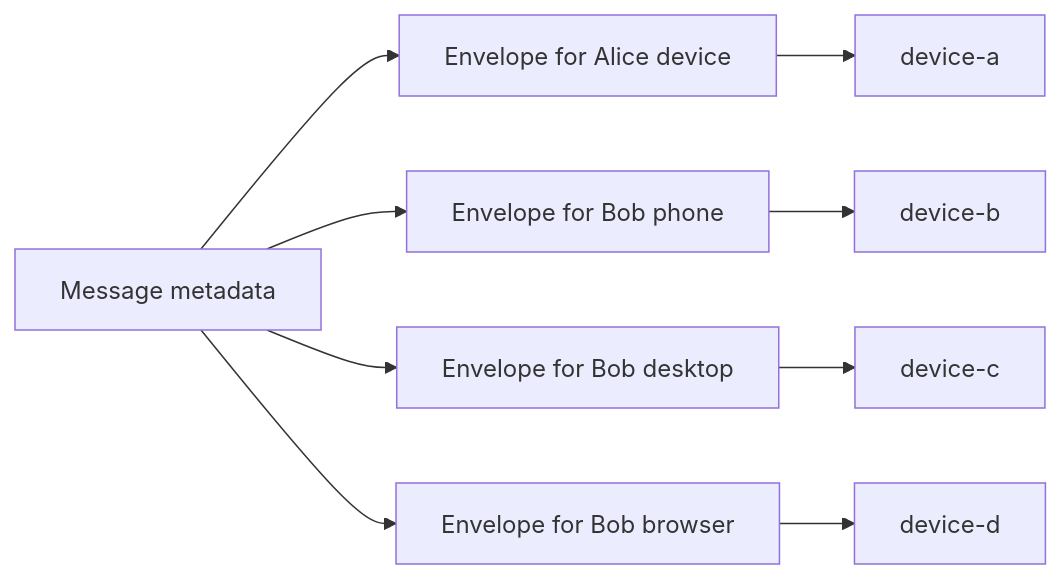
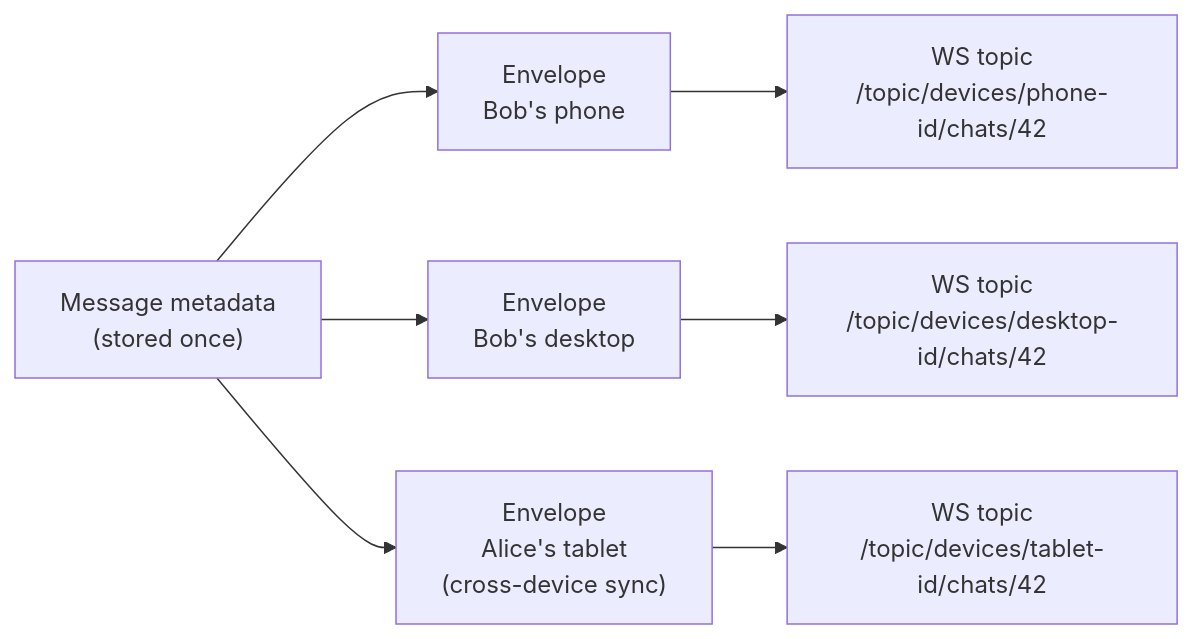
Before and after one commit to vaazhen/chaos-e2ee-messenger: the seventh of 7 diagrams in README.md, drawn with Mermaid. The commit also changed other lines of this file and 1 other file, not shown here.

````diff
--- a/README.md
+++ b/README.md
@@ -306,12 +347,10 @@
 ```mermaid
 flowchart LR
-    M[Message metadata] --> E1[Envelope for Alice device]
-    M --> E2[Envelope for Bob phone]
-    M --> E3[Envelope for Bob desktop]
-    M --> E4[Envelope for Bob browser]
+    M["Message metadata\n(stored once)"] --> E1["Envelope\nBob's phone"]
+    M --> E2["Envelope\nBob's desktop"]
+    M --> E3["Envelope\nAlice's tablet\n(cross-device sync)"]
 
-    E1 --> D1[device-a]
-    E2 --> D2[device-b]
-    E3 --> D3[device-c]
-    E4 --> D4[device-d]
+    E1 --> WS1["WS topic\n/topic/devices/phone-id/chats/42"]
+    E2 --> WS2["WS topic\n/topic/devices/desktop-id/chats/42"]
+    E3 --> WS3["WS topic\n/topic/devices/tablet-id/chats/42"]
 ```
````
